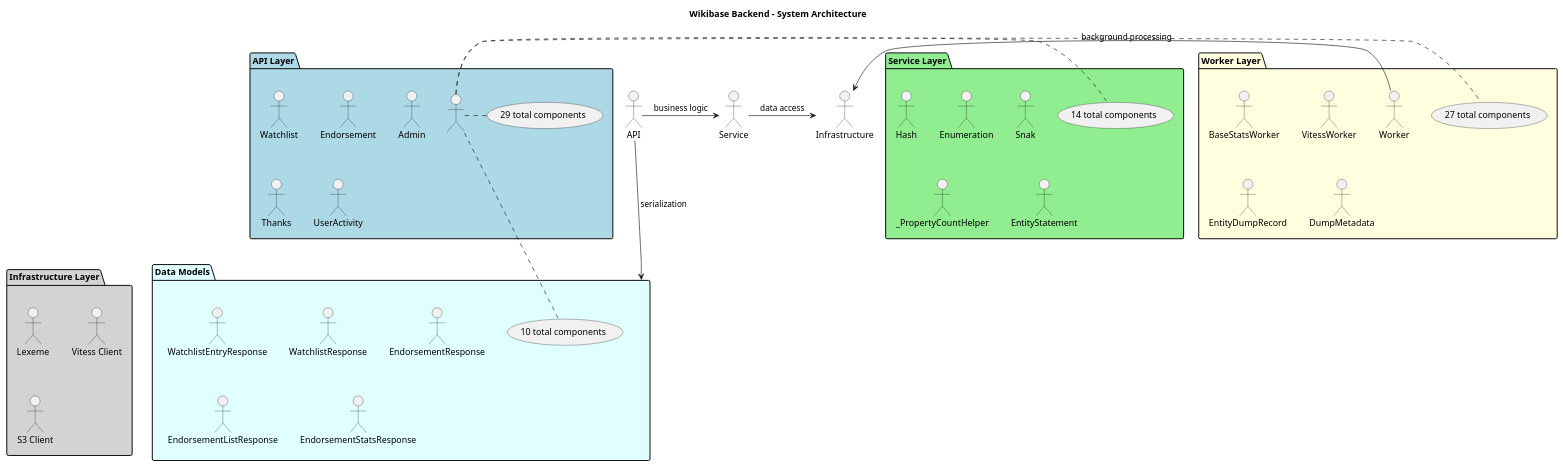
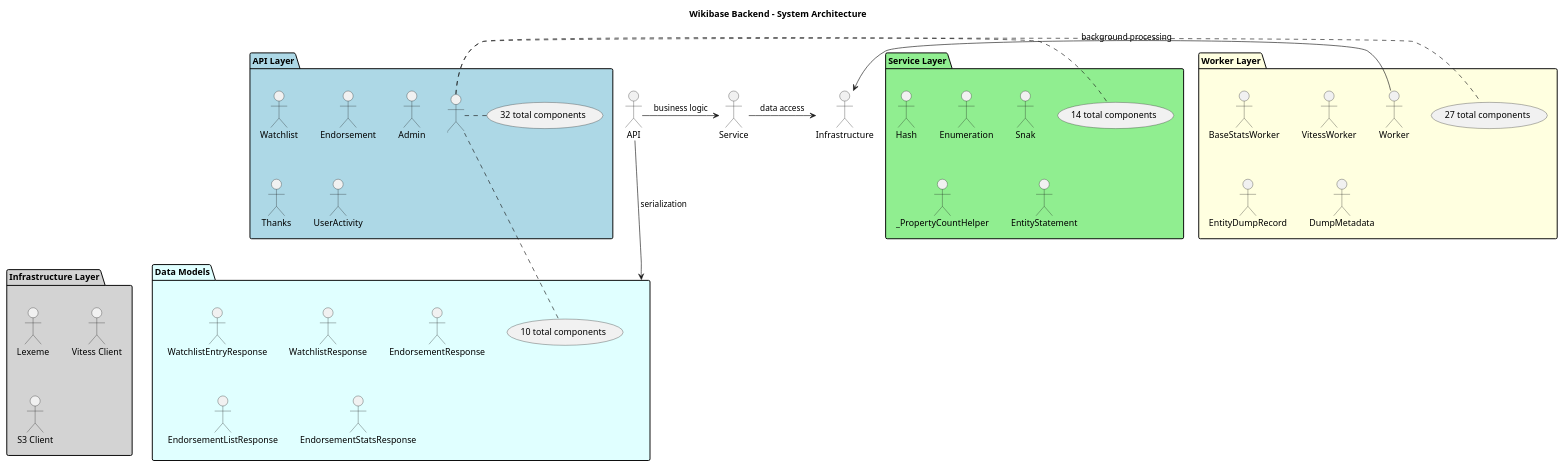
One commit to dpriskorn/entitybase-backend changed the diagram in docs/DIAGRAMS/system_architecture.puml. Above: the diagram before and after it, drawn with PlantUML. The commit also changed 15 other files, not shown here.

Commit message:
Update documentation: regenerate diagrams and TREE.md

```diff
--- a/docs/DIAGRAMS/system_architecture.puml
+++ b/docs/DIAGRAMS/system_architecture.puml
@@ -1,54 +1,54 @@
 @startuml System Architecture
 
 title Wikibase Backend - System Architecture
 
 package "API Layer" as APILayer #LightBlue {
     "Watchlist" as WatchlistHandler
     "Endorsement" as EndorsementHandler
     "Admin" as AdminHandler
     "Thanks" as ThanksHandler
     "UserActivity" as UserActivityHandler
-    ... (29 total components)
+    ... (32 total components)
 }
 
 package "Service Layer" as ServiceLayer #LightGreen {
     "Hash" as HashService
     "Enumeration" as EnumerationService
     "Snak" as SnakHandler
     "_PropertyCountHelper" as _PropertyCountHelper
     "EntityStatement" as EntityStatementService
     ... (14 total components)
 }
 
 package "Worker Layer" as WorkerLayer #LightYellow {
     "BaseStatsWorker" as BaseStatsWorker
     "VitessWorker" as VitessWorker
     "Worker" as Worker
     "EntityDumpRecord" as EntityDumpRecord
     "DumpMetadata" as DumpMetadata
     ... (27 total components)
 }
 
 package "Infrastructure Layer" as InfrastructureLayer #LightGray {
     "Lexeme" as LexemeRepository
     "Vitess Client" as Vitess_Client
     "S3 Client" as S3_Client
 }
 
 package "Data Models" as DataModels #LightCyan {
     "WatchlistEntryResponse" as WatchlistEntryResponse
     "WatchlistResponse" as WatchlistResponse
     "EndorsementResponse" as EndorsementResponse
     "EndorsementListResponse" as EndorsementListResponse
     "EndorsementStatsResponse" as EndorsementStatsResponse
     ... (10 total components)
 }
 
 
 ' Relationships
 API -> Service : business logic
 Service -> Infrastructure : data access
 Worker -> Infrastructure : background processing
 API -> DataModels : serialization
 
 @enduml
```
